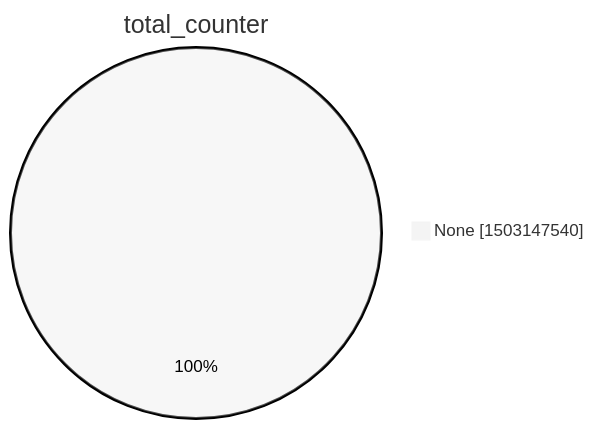
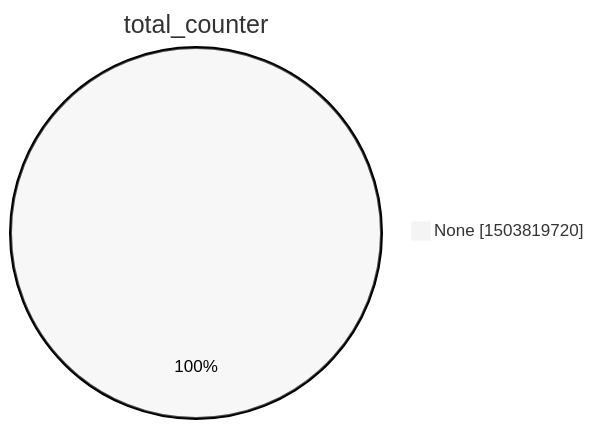
The second of 15 diagrams in argon2022/README.md (christiankrug/ctmonitor_visualization), drawn with Mermaid (neutral theme) before and after one commit. The commit also changed other lines of this file, not shown here.

````diff
--- a/argon2022/README.md
+++ b/argon2022/README.md
@@ -9,5 +9,5 @@
 ```mermaid
 pie showData
 title total_counter
-"None" :1503147540
+"None" :1503819720
 ```
````
